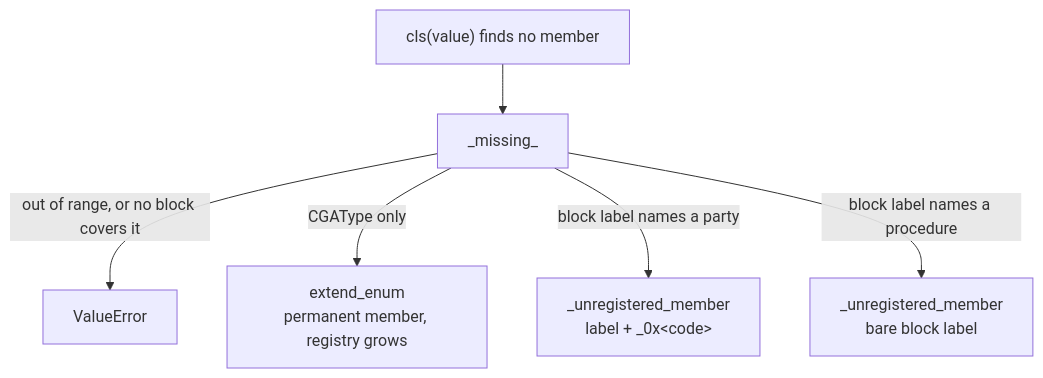
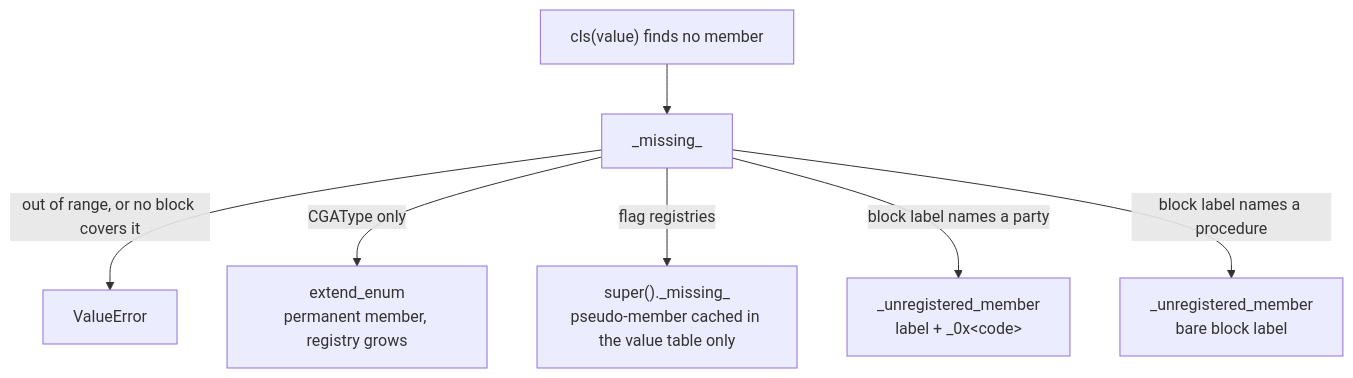
Before and after one commit to JarryShaw/PyPCAPKit: the diagram in docs/source/contributing/conventions/mint-criterion.rst, drawn with Mermaid. The commit also changed other lines of this file, not shown here.

First line of the commit message:
docs(conventions): replace the two-way _missing_ split with the measured partition

```diff
--- a/docs/source/contributing/conventions/mint-criterion.rst
+++ b/docs/source/contributing/conventions/mint-criterion.rst
@@ -36,8 +77,9 @@
 .. mermaid::
 
    flowchart TD
        LOOKUP["cls(value) finds no member"] --> MISSING["_missing_"]
        MISSING -->|"out of range, or no block covers it"| RAISE["ValueError"]
        MISSING -->|"CGAType only"| MINT["extend_enum<br/>permanent member, registry grows"]
+       MISSING -->|"flag registries"| FLAG["super()._missing_<br/>pseudo-member cached in the value table only"]
        MISSING -->|"block label names a party"| SUFFIXED["_unregistered_member<br/>label + _0x&lt;code&gt;"]
        MISSING -->|"block label names a procedure"| BARE["_unregistered_member<br/>bare block label"]
```
